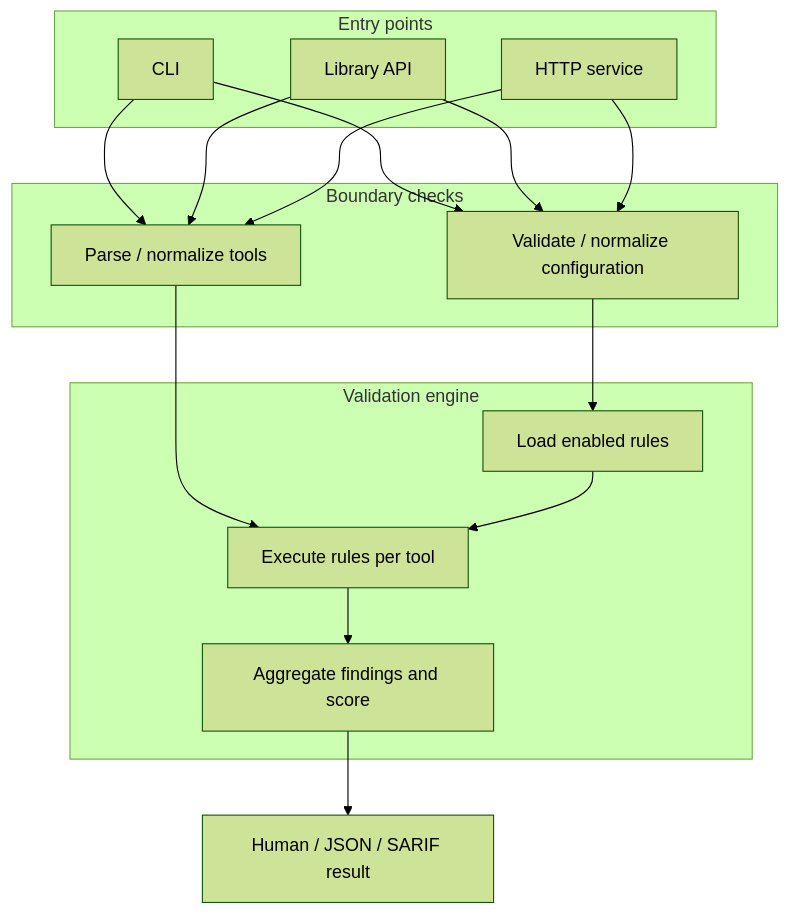
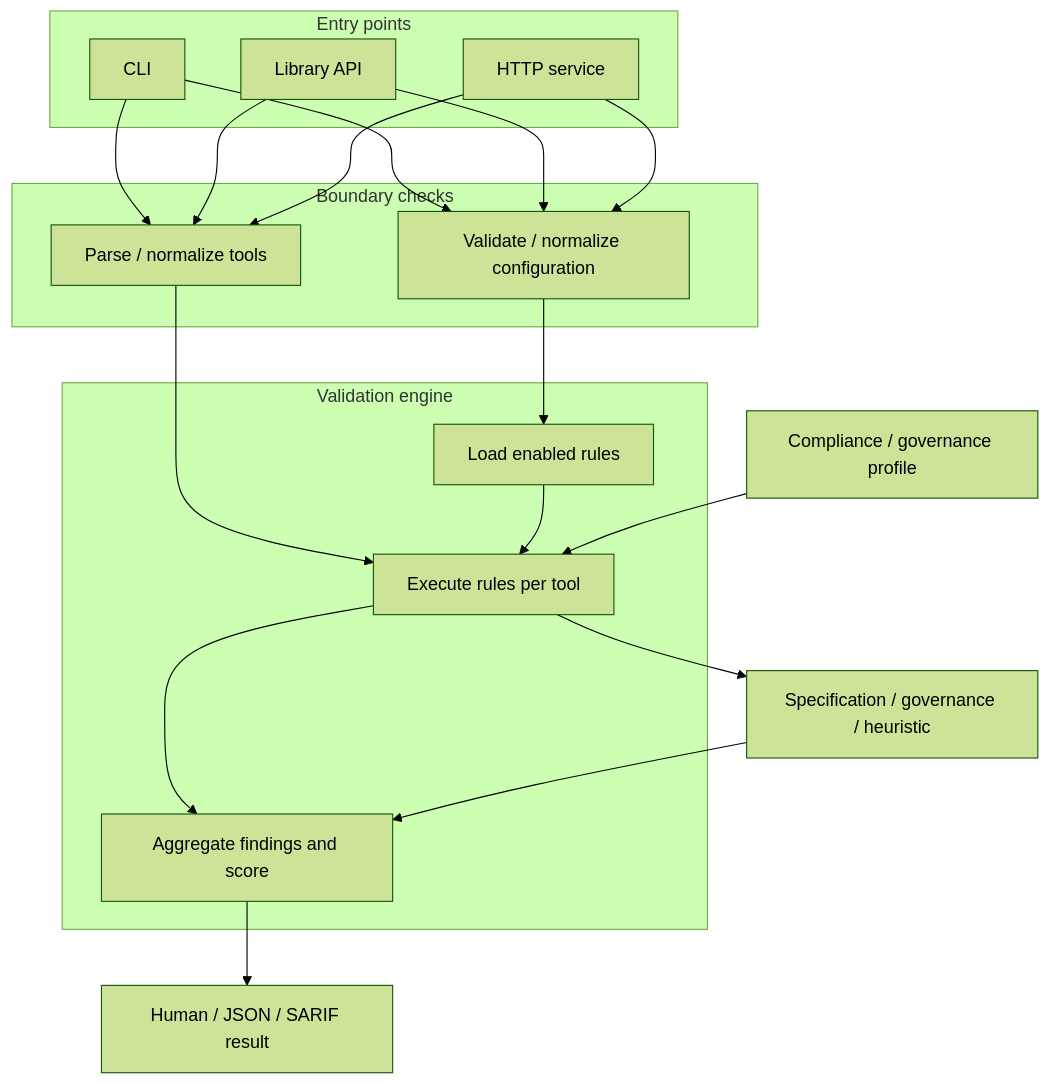
Before and after one commit to chief-builder/mcp_tool_description_validator: the diagram in docs/architecture/validator.md, drawn with Mermaid (forest theme). The commit also changed other lines of this file and 14 other files, not shown here.

````diff
--- a/docs/architecture/validator.md
+++ b/docs/architecture/validator.md
@@ -56,27 +73,31 @@
 ```mermaid
 flowchart TB
   subgraph Entry points
     CLI[CLI]
     LIB[Library API]
     HTTP[HTTP service]
   end
   subgraph Boundary checks
     INPUT[Parse / normalize tools]
     CONFIG[Validate / normalize configuration]
   end
   subgraph Validation engine
     LOAD[Load enabled rules]
     EXEC[Execute rules per tool]
     SCORE[Aggregate findings and score]
   end
+  PROFILE[Compliance / governance profile]
+  PROVENANCE[Specification / governance / heuristic]
   OUTPUT[Human / JSON / SARIF result]
 
   CLI --> INPUT
   LIB --> INPUT
   HTTP --> INPUT
   CLI --> CONFIG
   LIB --> CONFIG
   HTTP --> CONFIG
   INPUT --> EXEC
   CONFIG --> LOAD --> EXEC --> SCORE --> OUTPUT
+  PROFILE --> EXEC
+  EXEC --> PROVENANCE --> SCORE
 ```
````
